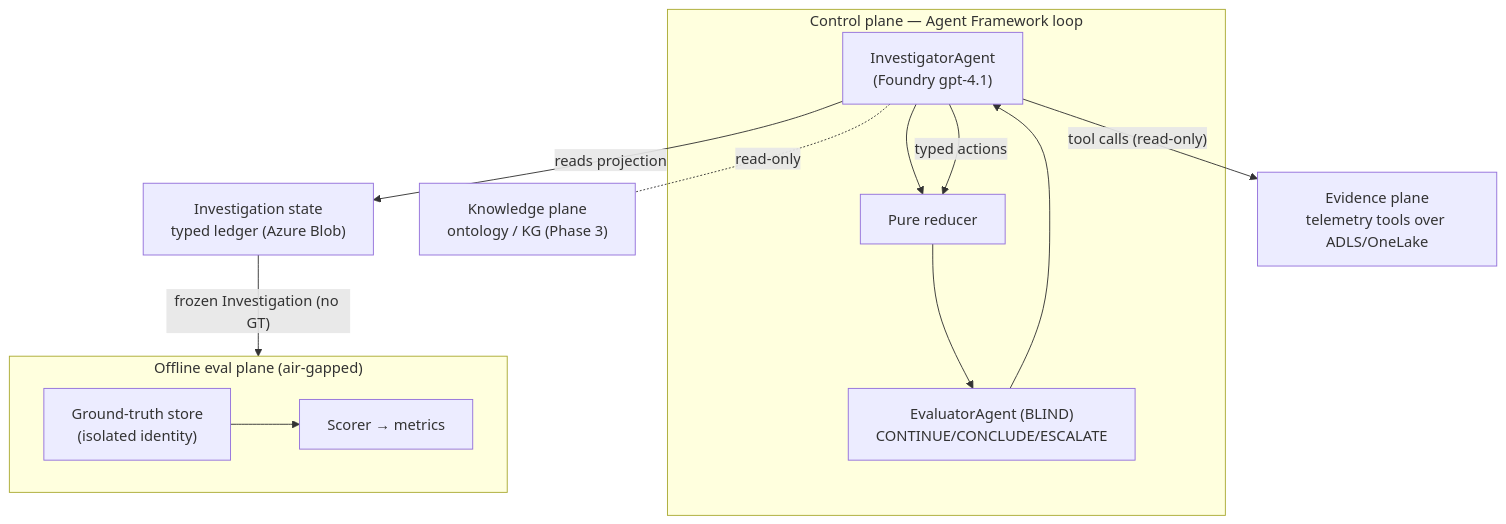
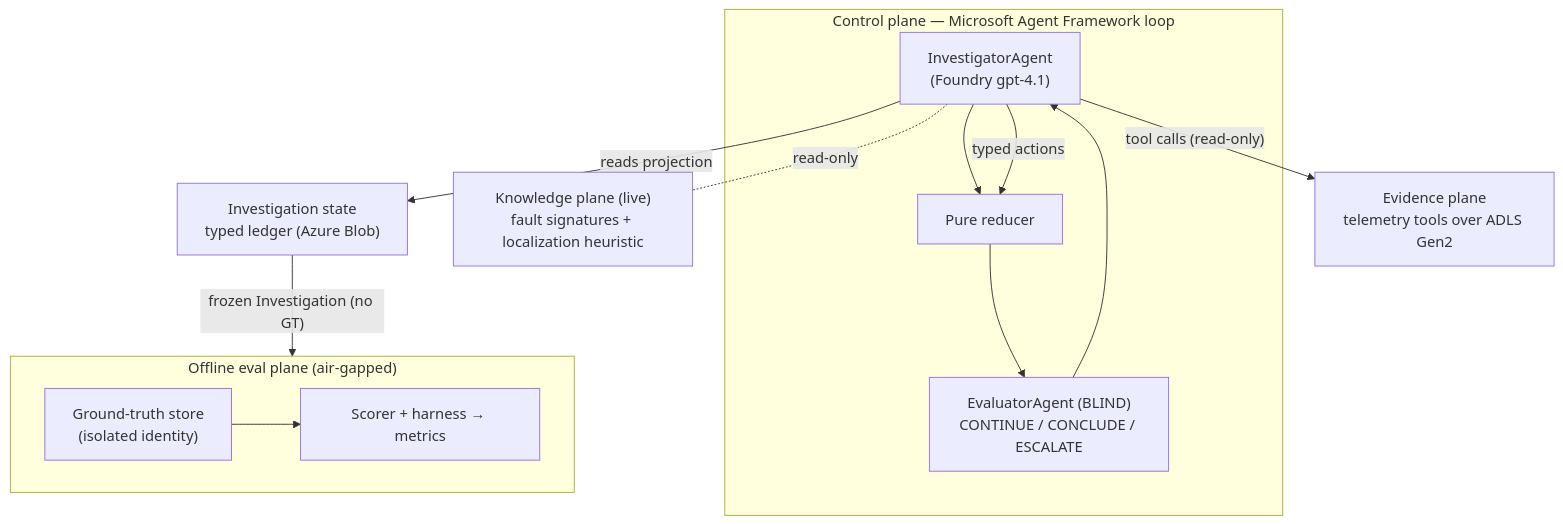
Before and after one commit to Apoorav1/deep-rca: the diagram in README.md, drawn with Mermaid. The commit also changed other lines of this file, not shown here.

First line of the commit message:
docs: comprehensive README (data contract, knowledge plane, tools, results, ablation, UI)

````diff
--- a/README.md
+++ b/README.md
@@ -36,26 +75,26 @@
 ```mermaid
 flowchart TB
-  subgraph CONTROL["Control plane — Agent Framework loop"]
+  subgraph CONTROL["Control plane — Microsoft Agent Framework loop"]
     INV["InvestigatorAgent<br/>(Foundry gpt-4.1)"]
     RED["Pure reducer"]
-    EVAL["EvaluatorAgent (BLIND)<br/>CONTINUE/CONCLUDE/ESCALATE"]
+    EVAL["EvaluatorAgent (BLIND)<br/>CONTINUE / CONCLUDE / ESCALATE"]
     INV --> RED --> EVAL --> INV
   end
 
-  KNOW["Knowledge plane<br/>ontology / KG (Phase 3)"]
+  KNOW["Knowledge plane (live)<br/>fault signatures + localization heuristic"]
   STATE["Investigation state<br/>typed ledger (Azure Blob)"]
-  EVID["Evidence plane<br/>telemetry tools over ADLS/OneLake"]
+  EVID["Evidence plane<br/>telemetry tools over ADLS Gen2"]
 
   INV -- "reads projection" --> STATE
   INV -- "typed actions" --> RED
   INV -- "tool calls (read-only)" --> EVID
   INV -. "read-only" .- KNOW
 
   STATE -- "frozen Investigation (no GT)" --> OFF
 
   subgraph OFF["Offline eval plane (air-gapped)"]
     GT["Ground-truth store<br/>(isolated identity)"]
-    SCORE["Scorer → metrics"]
+    SCORE["Scorer + harness → metrics"]
     GT --> SCORE
   end
 ```
````
